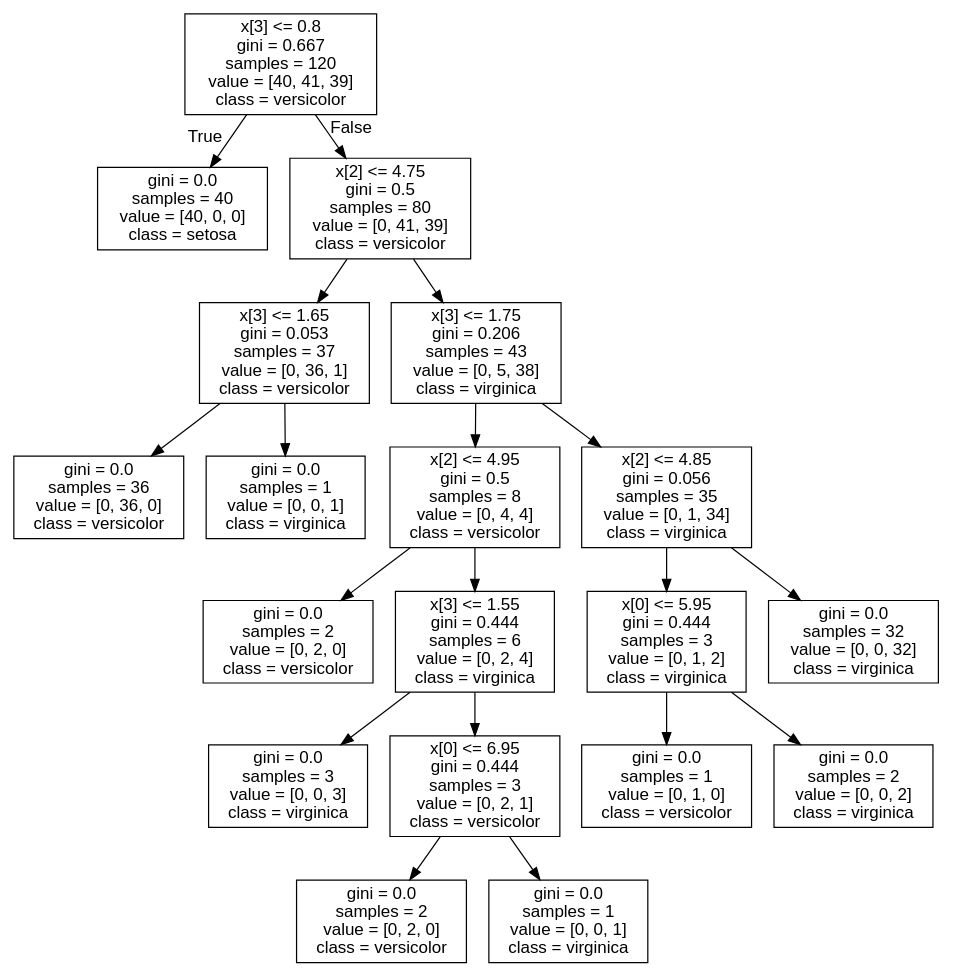
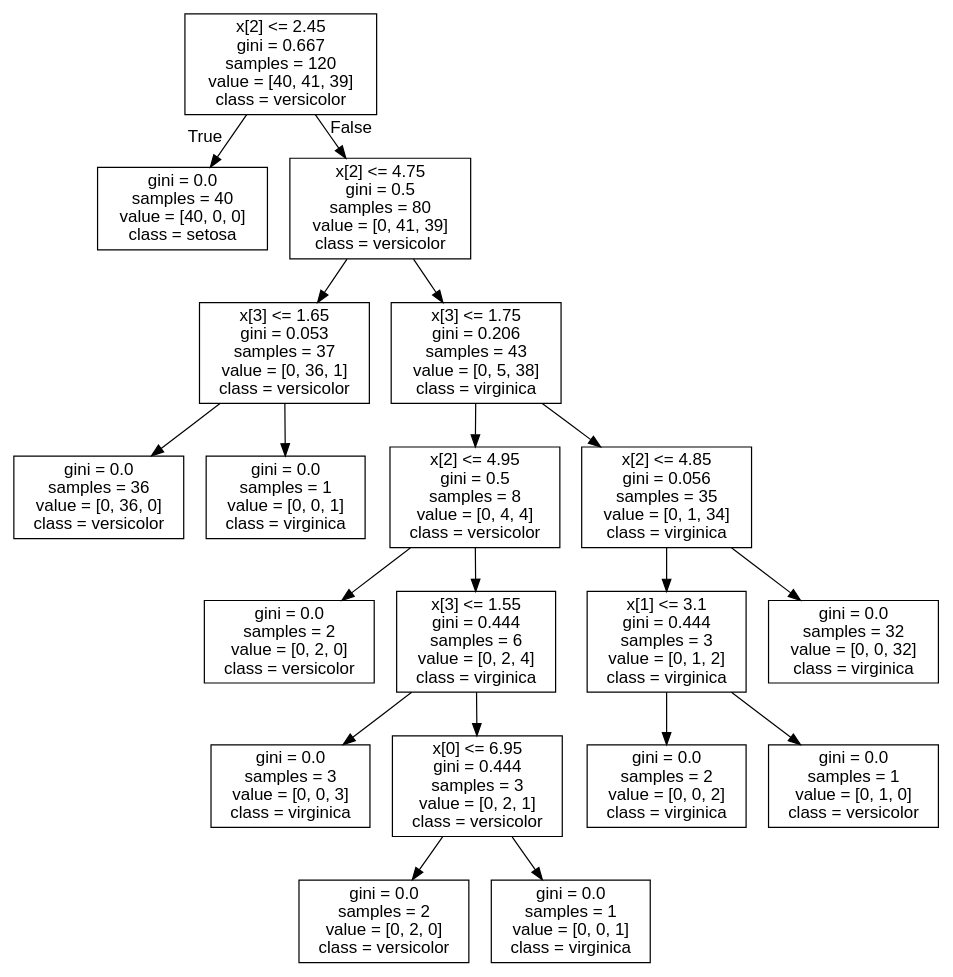
The diagram in ml/iris_tree.dot (blackhole-24/hipython), drawn with Graphviz before and after one commit. The commit also changed 4 other files, not shown here.

```diff
--- a/ml/iris_tree.dot
+++ b/ml/iris_tree.dot
@@ -1,41 +1,41 @@
 digraph Tree {
 node [shape=box, fontname="helvetica"] ;
 edge [fontname="helvetica"] ;
-0 [label="x[3] <= 0.8\ngini = 0.667\nsamples = 120\nvalue = [40, 41, 39]\nclass = versicolor"] ;
+0 [label="x[2] <= 2.45\ngini = 0.667\nsamples = 120\nvalue = [40, 41, 39]\nclass = versicolor"] ;
 1 [label="gini = 0.0\nsamples = 40\nvalue = [40, 0, 0]\nclass = setosa"] ;
 0 -> 1 [labeldistance=2.5, labelangle=45, headlabel="True"] ;
 2 [label="x[2] <= 4.75\ngini = 0.5\nsamples = 80\nvalue = [0, 41, 39]\nclass = versicolor"] ;
 0 -> 2 [labeldistance=2.5, labelangle=-45, headlabel="False"] ;
 3 [label="x[3] <= 1.65\ngini = 0.053\nsamples = 37\nvalue = [0, 36, 1]\nclass = versicolor"] ;
 2 -> 3 ;
 4 [label="gini = 0.0\nsamples = 36\nvalue = [0, 36, 0]\nclass = versicolor"] ;
 3 -> 4 ;
 5 [label="gini = 0.0\nsamples = 1\nvalue = [0, 0, 1]\nclass = virginica"] ;
 3 -> 5 ;
 6 [label="x[3] <= 1.75\ngini = 0.206\nsamples = 43\nvalue = [0, 5, 38]\nclass = virginica"] ;
 2 -> 6 ;
 7 [label="x[2] <= 4.95\ngini = 0.5\nsamples = 8\nvalue = [0, 4, 4]\nclass = versicolor"] ;
 6 -> 7 ;
 8 [label="gini = 0.0\nsamples = 2\nvalue = [0, 2, 0]\nclass = versicolor"] ;
 7 -> 8 ;
 9 [label="x[3] <= 1.55\ngini = 0.444\nsamples = 6\nvalue = [0, 2, 4]\nclass = virginica"] ;
 7 -> 9 ;
 10 [label="gini = 0.0\nsamples = 3\nvalue = [0, 0, 3]\nclass = virginica"] ;
 9 -> 10 ;
 11 [label="x[0] <= 6.95\ngini = 0.444\nsamples = 3\nvalue = [0, 2, 1]\nclass = versicolor"] ;
 9 -> 11 ;
 12 [label="gini = 0.0\nsamples = 2\nvalue = [0, 2, 0]\nclass = versicolor"] ;
 11 -> 12 ;
 13 [label="gini = 0.0\nsamples = 1\nvalue = [0, 0, 1]\nclass = virginica"] ;
 11 -> 13 ;
 14 [label="x[2] <= 4.85\ngini = 0.056\nsamples = 35\nvalue = [0, 1, 34]\nclass = virginica"] ;
 6 -> 14 ;
-15 [label="x[0] <= 5.95\ngini = 0.444\nsamples = 3\nvalue = [0, 1, 2]\nclass = virginica"] ;
+15 [label="x[1] <= 3.1\ngini = 0.444\nsamples = 3\nvalue = [0, 1, 2]\nclass = virginica"] ;
 14 -> 15 ;
-16 [label="gini = 0.0\nsamples = 1\nvalue = [0, 1, 0]\nclass = versicolor"] ;
+16 [label="gini = 0.0\nsamples = 2\nvalue = [0, 0, 2]\nclass = virginica"] ;
 15 -> 16 ;
-17 [label="gini = 0.0\nsamples = 2\nvalue = [0, 0, 2]\nclass = virginica"] ;
+17 [label="gini = 0.0\nsamples = 1\nvalue = [0, 1, 0]\nclass = versicolor"] ;
 15 -> 17 ;
 18 [label="gini = 0.0\nsamples = 32\nvalue = [0, 0, 32]\nclass = virginica"] ;
 14 -> 18 ;
 }
```
